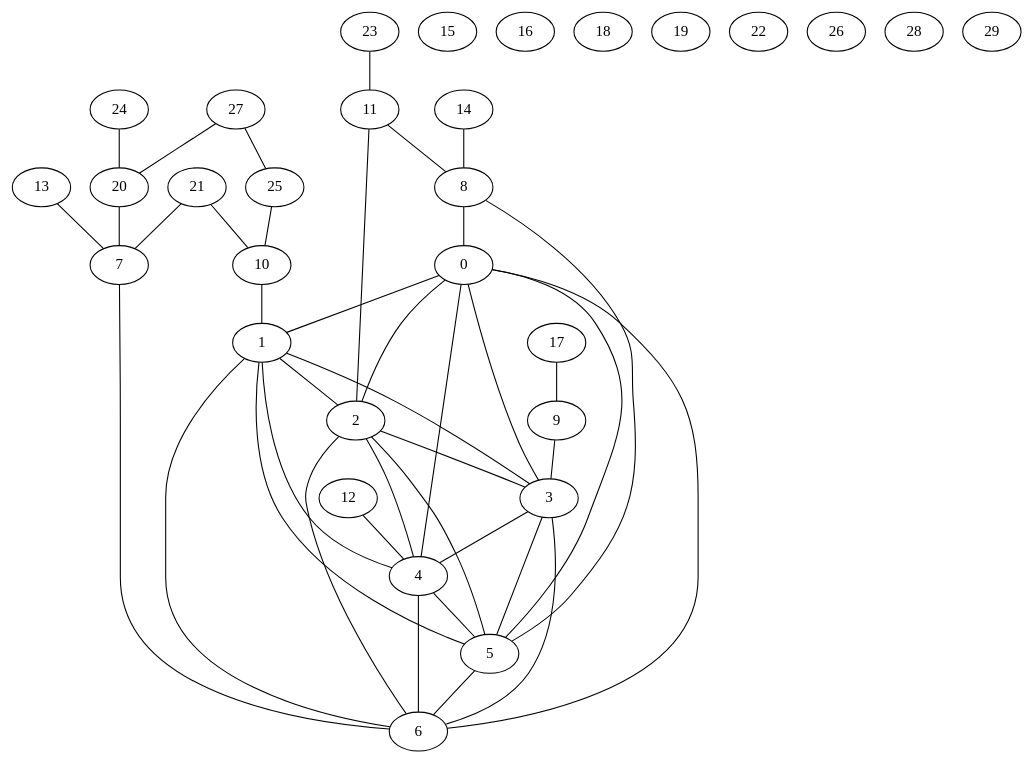
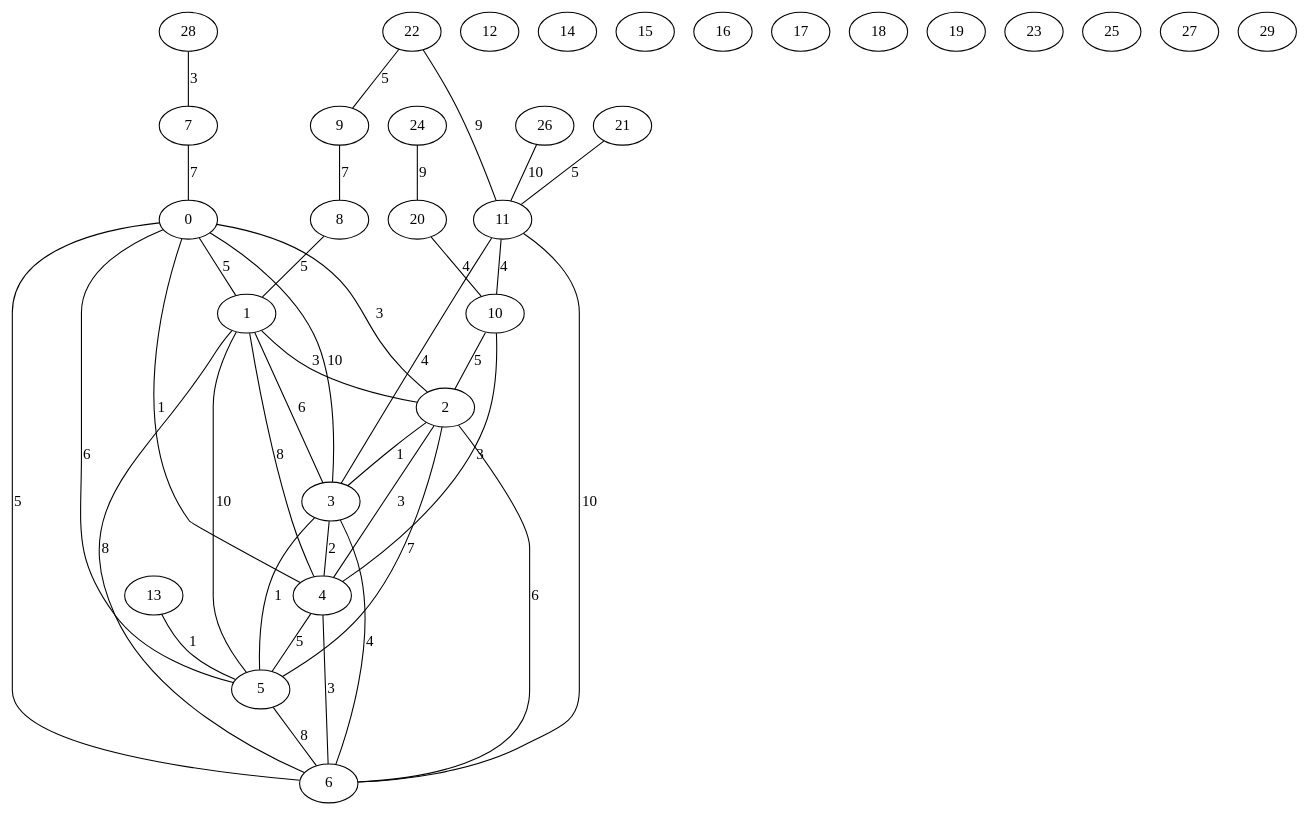
The diagram in gv/Barabasi_30.gv (HugoBec/graph), drawn with Graphviz before and after one commit. The commit also changed 111 other files, not shown here.

```diff
--- a/gv/Barabasi_30.gv
+++ b/gv/Barabasi_30.gv
@@ -1,72 +1,69 @@
 graph {
 	0 [label=0]
 	1 [label=1]
 	2 [label=2]
 	3 [label=3]
 	4 [label=4]
 	5 [label=5]
 	6 [label=6]
 	7 [label=7]
 	8 [label=8]
 	9 [label=9]
 	10 [label=10]
 	11 [label=11]
 	12 [label=12]
 	13 [label=13]
 	14 [label=14]
 	15 [label=15]
 	16 [label=16]
 	17 [label=17]
 	18 [label=18]
 	19 [label=19]
 	20 [label=20]
 	21 [label=21]
 	22 [label=22]
 	23 [label=23]
 	24 [label=24]
 	25 [label=25]
 	26 [label=26]
 	27 [label=27]
 	28 [label=28]
 	29 [label=29]
-	0 -- 1
-	0 -- 2
-	0 -- 3
-	0 -- 4
-	0 -- 5
-	0 -- 6
-	1 -- 2
-	1 -- 3
-	1 -- 4
-	1 -- 5
-	1 -- 6
-	2 -- 3
-	2 -- 4
-	2 -- 5
-	2 -- 6
-	3 -- 4
-	3 -- 5
-	3 -- 6
-	4 -- 5
-	4 -- 6
-	5 -- 6
-	7 -- 6
-	8 -- 0
-	8 -- 5
-	9 -- 3
-	10 -- 1
-	11 -- 2
-	11 -- 8
-	12 -- 4
-	13 -- 7
-	14 -- 8
-	17 -- 9
-	20 -- 7
-	21 -- 7
-	21 -- 10
-	23 -- 11
-	24 -- 20
-	25 -- 10
-	27 -- 20
-	27 -- 25
+	0 -- 1 [label=5]
+	0 -- 2 [label=3]
+	0 -- 3 [label=10]
+	0 -- 4 [label=1]
+	0 -- 5 [label=6]
+	0 -- 6 [label=5]
+	1 -- 2 [label=3]
+	1 -- 3 [label=6]
+	1 -- 4 [label=8]
+	1 -- 5 [label=10]
+	1 -- 6 [label=8]
+	2 -- 3 [label=1]
+	2 -- 4 [label=3]
+	2 -- 5 [label=7]
+	2 -- 6 [label=6]
+	3 -- 4 [label=2]
+	3 -- 5 [label=1]
+	3 -- 6 [label=4]
+	4 -- 5 [label=5]
+	4 -- 6 [label=3]
+	5 -- 6 [label=8]
+	7 -- 0 [label=7]
+	8 -- 1 [label=5]
+	9 -- 8 [label=7]
+	10 -- 2 [label=5]
+	10 -- 4 [label=3]
+	11 -- 3 [label=4]
+	11 -- 6 [label=10]
+	11 -- 10 [label=4]
+	13 -- 5 [label=1]
+	20 -- 10 [label=4]
+	21 -- 11 [label=5]
+	22 -- 9 [label=5]
+	22 -- 11 [label=9]
+	24 -- 20 [label=9]
+	26 -- 11 [label=10]
+	28 -- 7 [label=3]
 }
```
